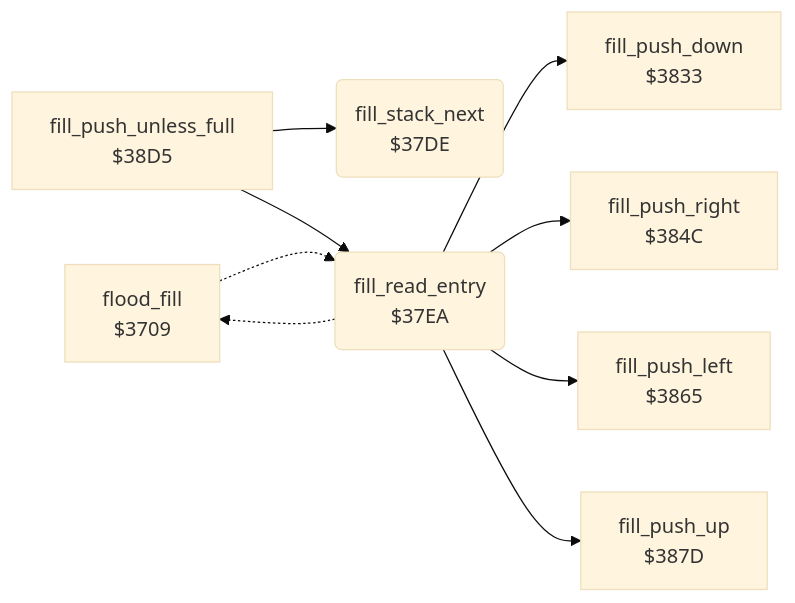
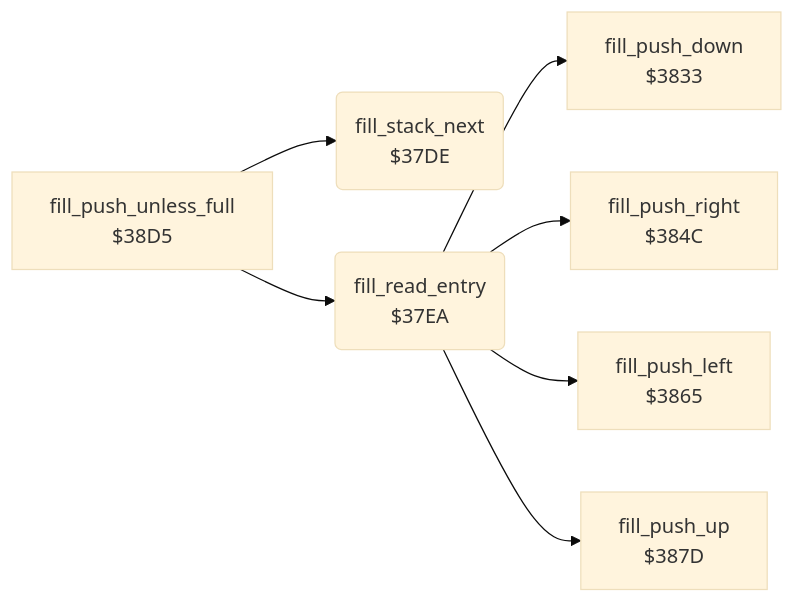
Before and after one commit to henols/c64_games: the diagram in koala_painter/v2/docs/reference/modules/tools/fill_37de.md, drawn with Mermaid (base theme). The commit also changed other lines of this file and 1100 other files, not shown here.

````diff
--- a/koala_painter/v2/docs/reference/modules/tools/fill_37de.md
+++ b/koala_painter/v2/docs/reference/modules/tools/fill_37de.md
@@ -10,19 +18,16 @@
 ```mermaid
 flowchart LR
-  n3709["flood_fill<br/>$3709"]
   n37de("fill_stack_next<br/>$37DE")
   n37ea("fill_read_entry<br/>$37EA")
   n3833["fill_push_down<br/>$3833"]
   n384c["fill_push_right<br/>$384C"]
   n3865["fill_push_left<br/>$3865"]
   n387d["fill_push_up<br/>$387D"]
   n38d5["fill_push_unless_full<br/>$38D5"]
-  n3709 -.-> n37ea
-  n37ea -.-> n3709
   n37ea --> n3833
   n37ea --> n384c
   n37ea --> n3865
   n37ea --> n387d
   n38d5 --> n37de
   n38d5 --> n37ea
 ```
````
